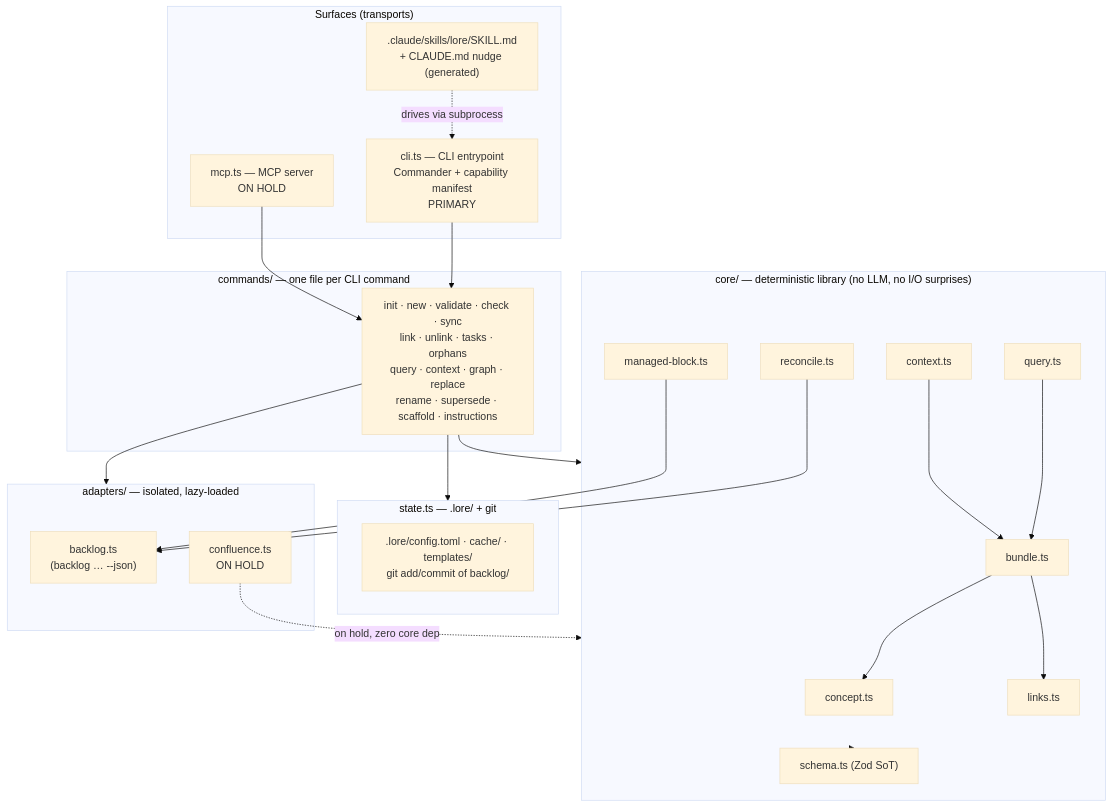
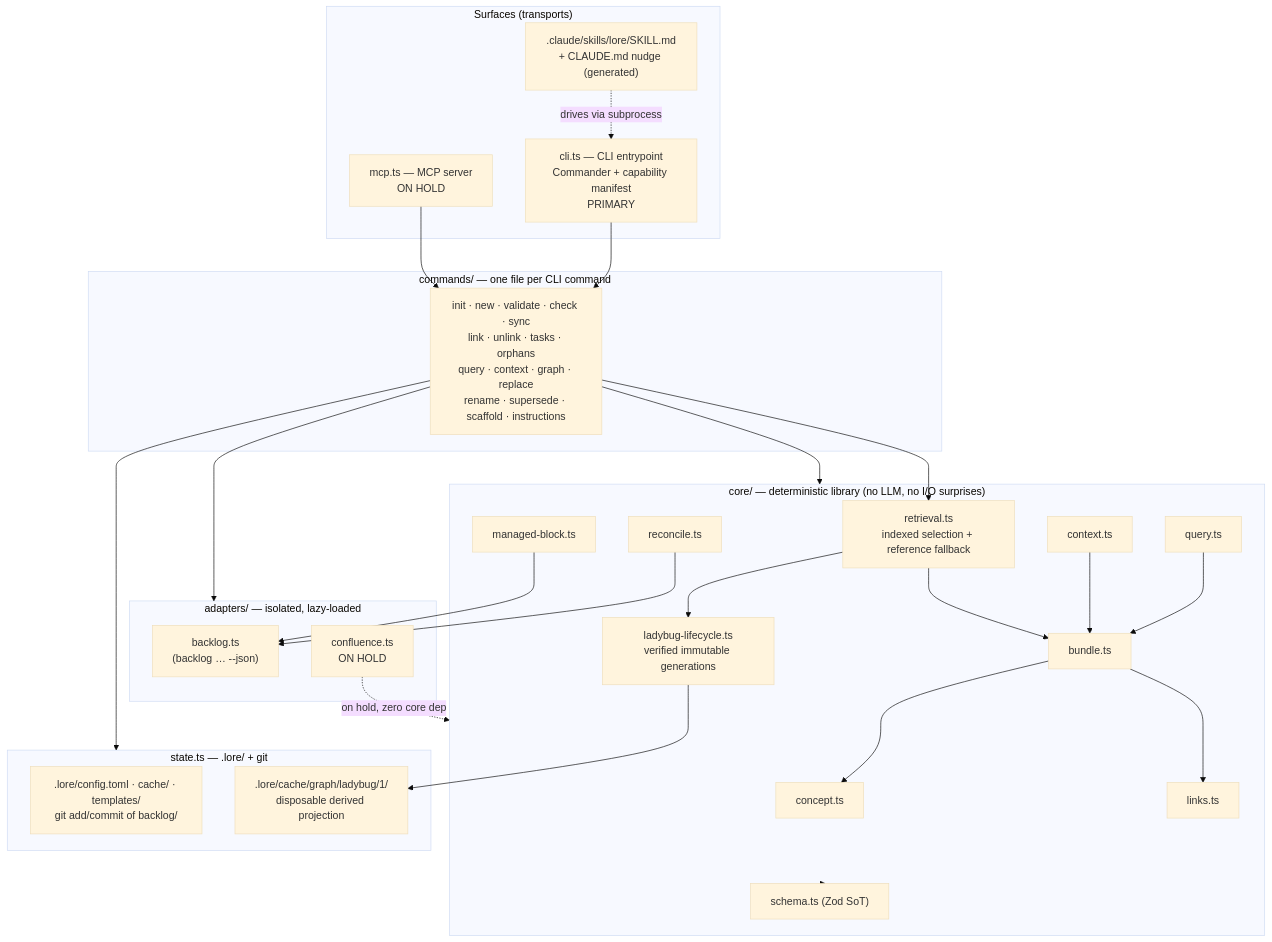
The diagram in docs/reference/architecture.md (opum-ai/lore-cli), drawn with Mermaid (base theme) before and after one commit. The commit also changed other lines of this file and 23 other files, not shown here.

Commit message:
feat: route retrieval through verified Ladybug index

````diff
--- a/docs/reference/architecture.md
+++ b/docs/reference/architecture.md
@@ -31,47 +31,54 @@
 ```mermaid
 flowchart TD
     subgraph Surfaces["Surfaces (transports)"]
         CLI["cli.ts — CLI entrypoint<br/>Commander + capability manifest<br/>PRIMARY"]
         MCP["mcp.ts — MCP server<br/>ON HOLD"]
         SKILL[".claude/skills/lore/SKILL.md<br/>+ CLAUDE.md nudge (generated)"]
     end
 
     subgraph Commands["commands/ — one file per CLI command"]
         CMD["init · new · validate · check · sync<br/>link · unlink · tasks · orphans<br/>query · context · graph · replace<br/>rename · supersede · scaffold · instructions"]
     end
 
     subgraph Core["core/ — deterministic library (no LLM, no I/O surprises)"]
         CONCEPT["concept.ts"]
         BUNDLE["bundle.ts"]
         MANAGED["managed-block.ts"]
         RECONCILE["reconcile.ts"]
         LINKS["links.ts"]
         QUERY["query.ts"]
         CONTEXT["context.ts"]
+        RETRIEVAL["retrieval.ts<br/>indexed selection + reference fallback"]
+        LIFECYCLE["ladybug-lifecycle.ts<br/>verified immutable generations"]
         SCHEMA["schema.ts (Zod SoT)"]
     end
 
     subgraph State["state.ts — .lore/ + git"]
         STATEIO[".lore/config.toml · cache/ · templates/<br/>git add/commit of backlog/"]
+        LADYBUG[".lore/cache/graph/ladybug/1/<br/>disposable derived projection"]
     end
 
     subgraph Adapters["adapters/ — isolated, lazy-loaded"]
         BACKLOG["backlog.ts<br/>(backlog … --json)"]
         CONFLUENCE["confluence.ts<br/>ON HOLD"]
     end
 
     CLI --> CMD
     MCP --> CMD
     SKILL -. "drives via subprocess" .-> CLI
     CMD --> Core
     CMD --> State
     Core --> SCHEMA
     BUNDLE --> CONCEPT
     BUNDLE --> LINKS
     QUERY --> BUNDLE
     CONTEXT --> BUNDLE
+    CMD --> RETRIEVAL
+    RETRIEVAL --> LIFECYCLE
+    RETRIEVAL --> BUNDLE
+    LIFECYCLE --> LADYBUG
     RECONCILE --> BACKLOG
     MANAGED --> BACKLOG
     CMD --> Adapters
     CONFLUENCE -. "on hold, zero core dep" .-> Core
 ```
````
